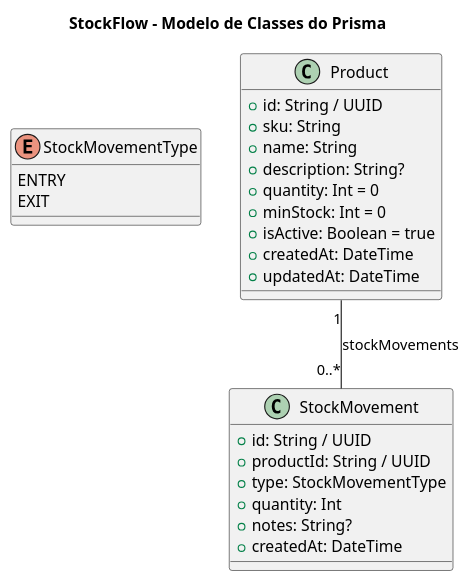
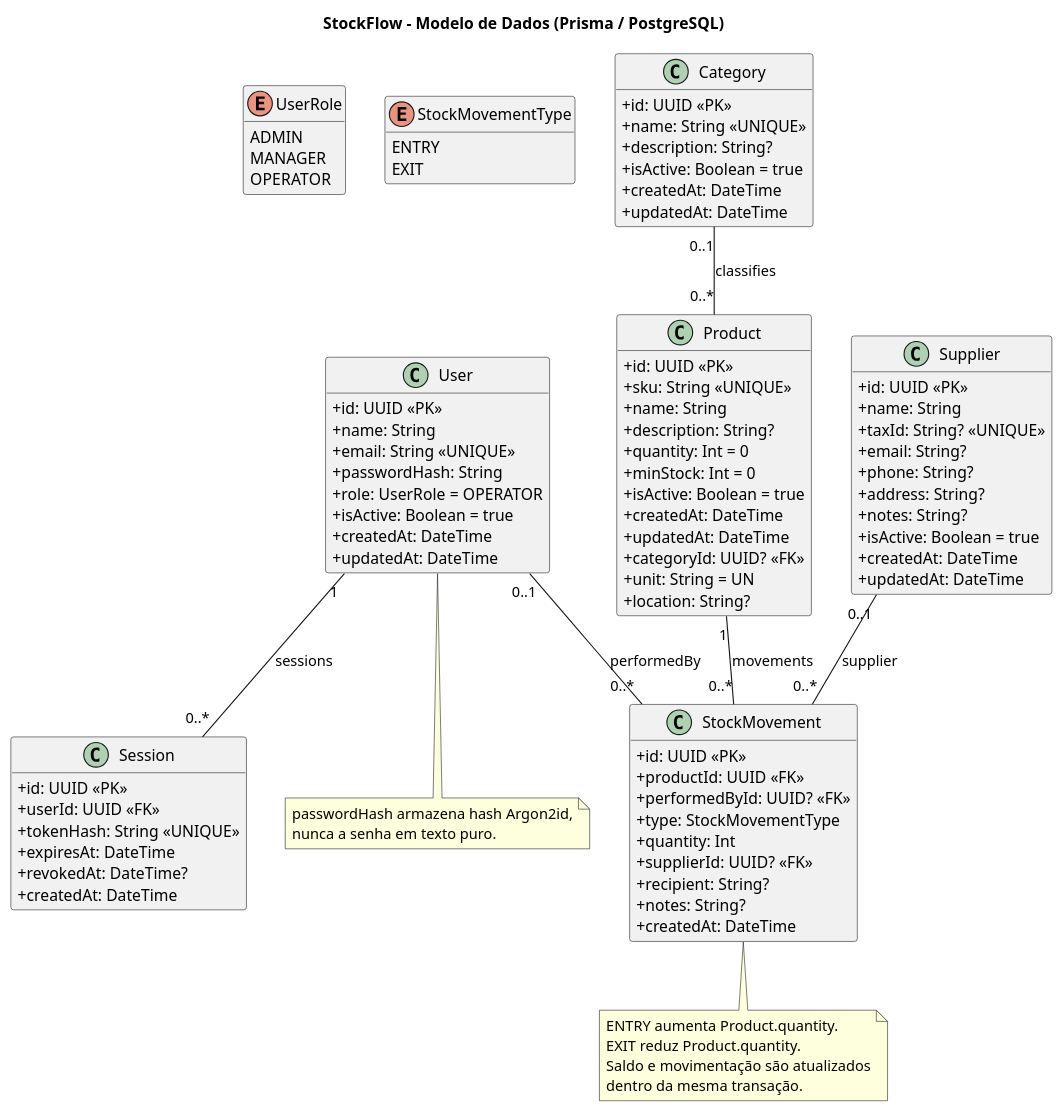
One commit to Gabriel-c-l/stockflow changed the diagram in docs/modelagem/classes.puml. Above: the diagram before and after it, drawn with PlantUML. The commit also changed 23 other files, not shown here.

```diff
--- a/docs/modelagem/classes.puml
+++ b/docs/modelagem/classes.puml
@@ -1,32 +1,109 @@
 @startuml
-title StockFlow - Modelo de Classes do Prisma
+title StockFlow - Modelo de Dados (Prisma / PostgreSQL)
+skinparam classAttributeIconSize 0
+hide methods
+
+' Enums persistidos
+
+enum UserRole {
+  ADMIN
+  MANAGER
+  OPERATOR
+}
 
 enum StockMovementType {
   ENTRY
   EXIT
 }
 
+class User {
+  +id: UUID <<PK>>
+  +name: String
+  +email: String <<UNIQUE>>
+  +passwordHash: String
+  +role: UserRole = OPERATOR
+  +language: String(5) = en
+  +isActive: Boolean = true
+  +createdAt: DateTime
+  +updatedAt: DateTime
+}
+
+class Session {
+  +id: UUID <<PK>>
+  +userId: UUID <<FK>>
+  +tokenHash: String <<UNIQUE>>
+  +expiresAt: DateTime
+  +revokedAt: DateTime?
+  +createdAt: DateTime
+}
+
+class Category {
+  +id: UUID <<PK>>
+  +name: String <<UNIQUE>>
+  +description: String?
+  +isActive: Boolean = true
+  +createdAt: DateTime
+  +updatedAt: DateTime
+}
+
 class Product {
-  +id: String / UUID
-  +sku: String
+  +id: UUID <<PK>>
+  +sku: String <<UNIQUE>>
   +name: String
   +description: String?
+  +price: Decimal(12,2) = 0
   +quantity: Int = 0
   +minStock: Int = 0
   +isActive: Boolean = true
   +createdAt: DateTime
   +updatedAt: DateTime
+  +categoryId: UUID? <<FK>>
+  +unit: String = UN
+  +location: String?
 }
 
 class StockMovement {
-  +id: String / UUID
-  +productId: String / UUID
+  +id: UUID <<PK>>
+  +productId: UUID <<FK>>
+  +performedById: UUID? <<FK>>
   +type: StockMovementType
   +quantity: Int
+  +supplierId: UUID? <<FK>>
+  +unitCost: Decimal(12,2)?
+  +recipient: String?
   +notes: String?
   +createdAt: DateTime
 }
 
-Product "1" -- "0..*" StockMovement : stockMovements
+class Supplier {
+  +id: UUID <<PK>>
+  +name: String
+  +taxId: String? <<UNIQUE>>
+  +email: String?
+  +phone: String?
+  +address: String?
+  +notes: String?
+  +isActive: Boolean = true
+  +createdAt: DateTime
+  +updatedAt: DateTime
+}
+
+User "1" -- "0..*" Session : sessions
+Category "0..1" -- "0..*" Product : classifies
+Product "1" -- "0..*" StockMovement : movements
+User "0..1" -- "0..*" StockMovement : performedBy
+Supplier "0..1" -- "0..*" StockMovement : supplier
+
+note bottom of StockMovement
+  ENTRY aumenta Product.quantity.
+  EXIT reduz Product.quantity.
+  Saldo e movimentação são atualizados
+  dentro da mesma transação.
+end note
+
+note bottom of User
+  passwordHash armazena hash Argon2id,
+  nunca a senha em texto puro.
+end note
 
 @enduml
```
